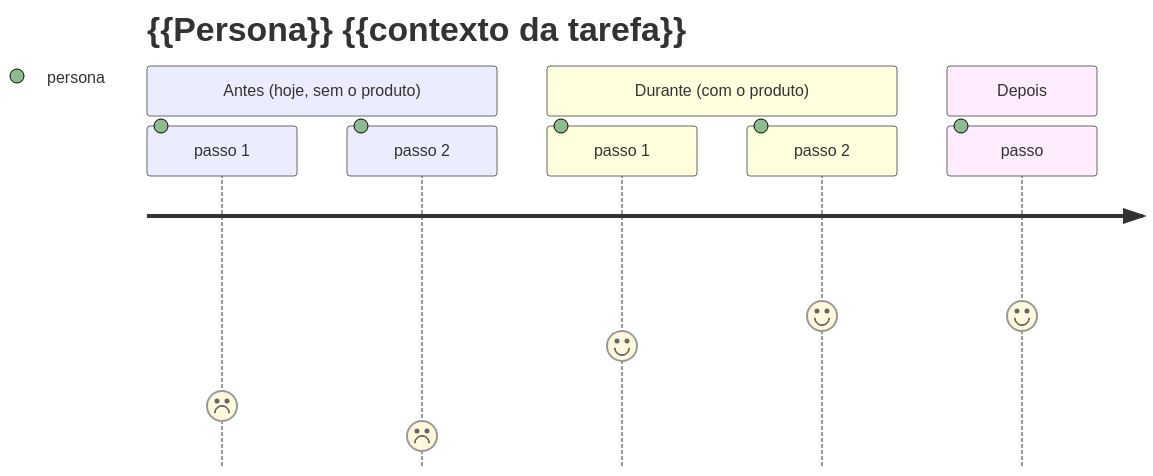
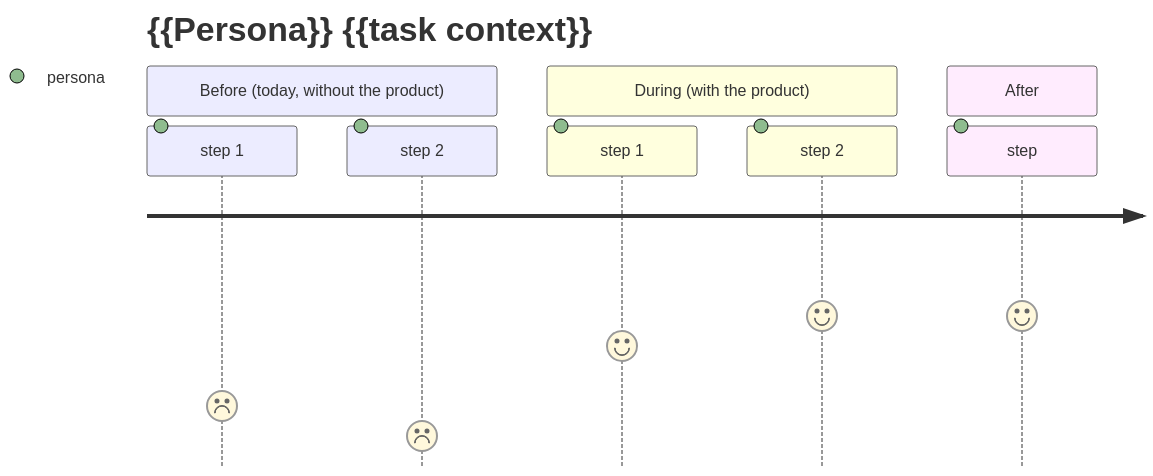
One commit to AInsteinsBR/renata changed the diagram in commands/user-journey.md. Above: the diagram before and after it, drawn with Mermaid. The commit also changed other lines of this file and 31 other files, not shown here.

````diff
--- a/commands/user-journey.md
+++ b/commands/user-journey.md
@@ -31,12 +36,12 @@
 ```mermaid
 journey
-    title {{Persona}} {{contexto da tarefa}}
-    section Antes (hoje, sem o produto)
-      passo 1: 2: persona
-      passo 2: 1: persona
-    section Durante (com o produto)
-      passo 1: 4: persona
-      passo 2: 5: persona
-    section Depois
-      passo: 5: persona
+    title {{Persona}} {{task context}}
+    section Before (today, without the product)
+      step 1: 2: persona
+      step 2: 1: persona
+    section During (with the product)
+      step 1: 4: persona
+      step 2: 5: persona
+    section After
+      step: 5: persona
 ```
````
